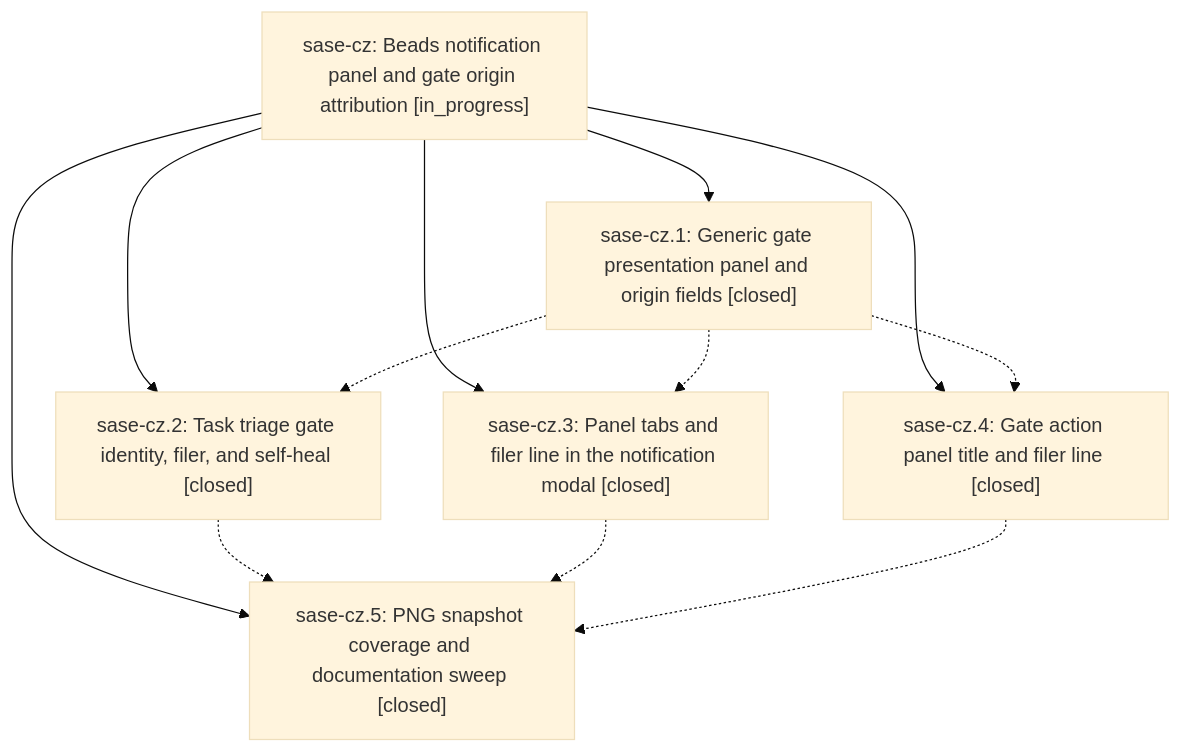
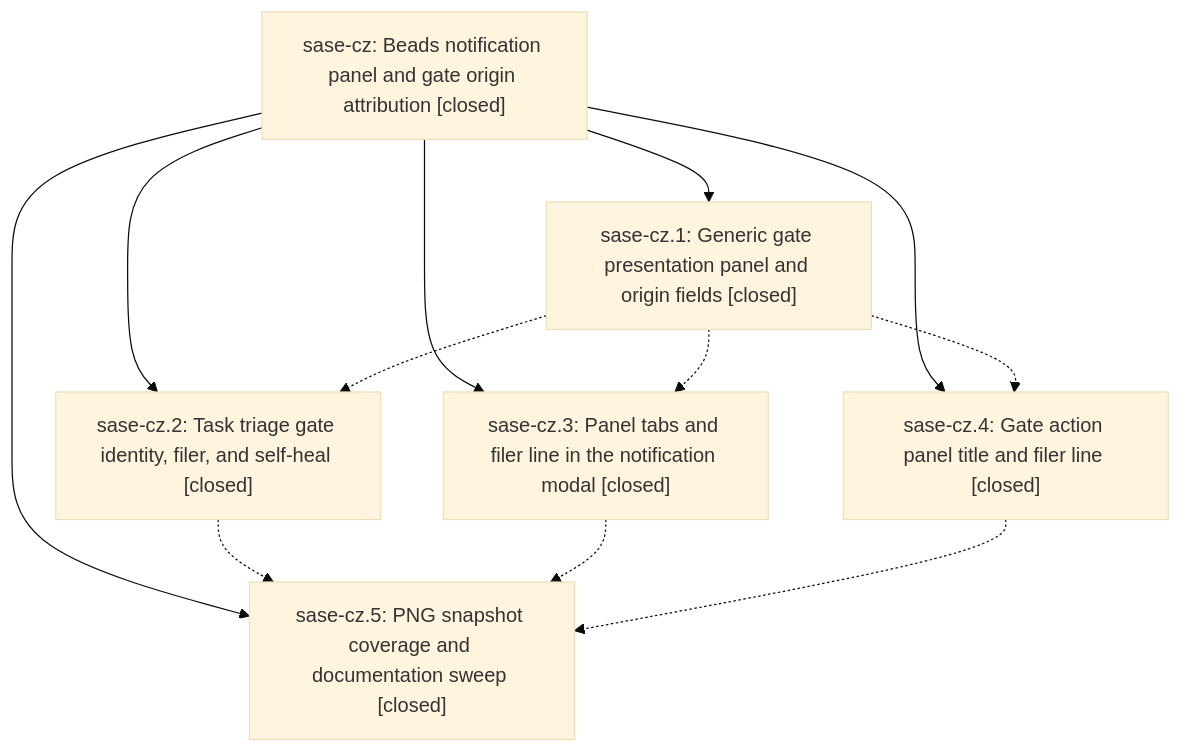
One commit to sase-org/sase--beads changed the diagram in pages/sase-cz/README.md. Above: the diagram before and after it, drawn with Mermaid (base theme). The commit also changed other lines of this file, not shown here.

First line of the commit message:
chore(beads): sync bead state and pages for sase-cz

````diff
--- a/pages/sase-cz/README.md
+++ b/pages/sase-cz/README.md
@@ -26,20 +30,20 @@
 ```mermaid
 flowchart TD
-    n0["sase-cz: Beads notification panel and gate origin attribution [in_progress]"]
+    n0["sase-cz: Beads notification panel and gate origin attribution [closed]"]
     n1["sase-cz.1: Generic gate presentation panel and origin fields [closed]"]
     n2["sase-cz.2: Task triage gate identity, filer, and self-heal [closed]"]
     n3["sase-cz.3: Panel tabs and filer line in the notification modal [closed]"]
     n4["sase-cz.4: Gate action panel title and filer line [closed]"]
     n5["sase-cz.5: PNG snapshot coverage and documentation sweep [closed]"]
     n0 --> n1
     n0 --> n2
     n0 --> n3
     n0 --> n4
     n0 --> n5
     n1 -.-> n2
     n1 -.-> n3
     n1 -.-> n4
     n2 -.-> n5
     n3 -.-> n5
     n4 -.-> n5
 ```
````
